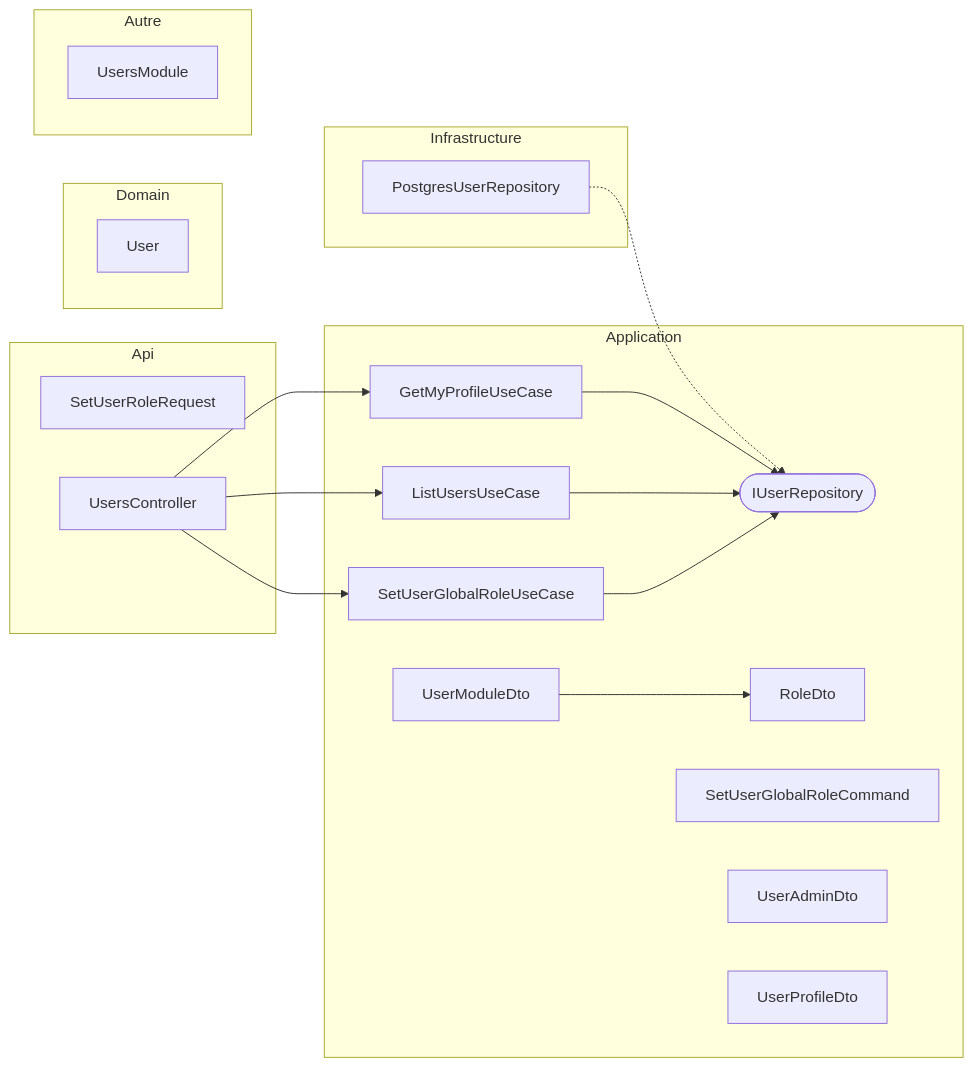
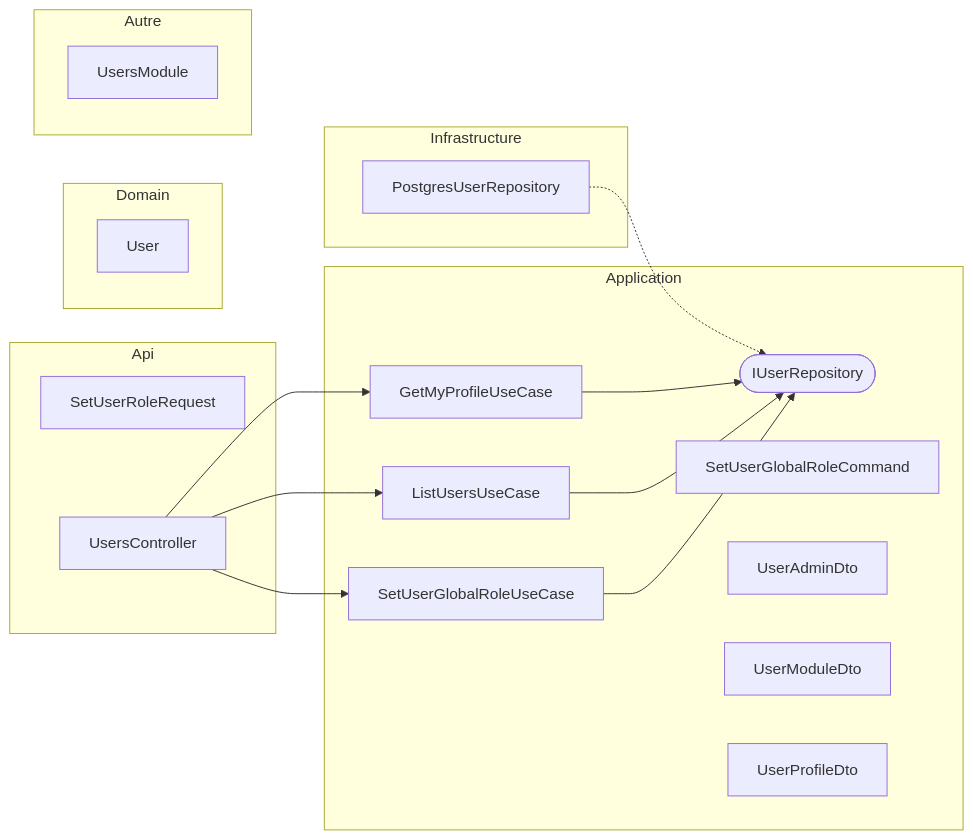
One commit to huiitre/Tools-app changed the diagram in api/docs/diagrams/Core/Users/users.md. Above: the diagram before and after it, drawn with Mermaid. The commit also changed 22 other files, not shown here.

````diff
--- a/api/docs/diagrams/Core/Users/users.md
+++ b/api/docs/diagrams/Core/Users/users.md
@@ -5,35 +5,33 @@
 ```mermaid
 flowchart LR
   subgraph Api
   SetUserRoleRequest["SetUserRoleRequest"]
   UsersController["UsersController"]
   end
   subgraph Application
   GetMyProfileUseCase["GetMyProfileUseCase"]
   IUserRepository(["IUserRepository"])
   ListUsersUseCase["ListUsersUseCase"]
-  RoleDto["RoleDto"]
   SetUserGlobalRoleCommand["SetUserGlobalRoleCommand"]
   SetUserGlobalRoleUseCase["SetUserGlobalRoleUseCase"]
   UserAdminDto["UserAdminDto"]
   UserModuleDto["UserModuleDto"]
   UserProfileDto["UserProfileDto"]
   end
   subgraph Domain
   User["User"]
   end
   subgraph Infrastructure
   PostgresUserRepository["PostgresUserRepository"]
   end
   subgraph Autre
   UsersModule["UsersModule"]
   end
   GetMyProfileUseCase --> IUserRepository
   ListUsersUseCase --> IUserRepository
   PostgresUserRepository -.-> IUserRepository
   SetUserGlobalRoleUseCase --> IUserRepository
-  UserModuleDto --> RoleDto
   UsersController --> GetMyProfileUseCase
   UsersController --> ListUsersUseCase
   UsersController --> SetUserGlobalRoleUseCase
 ```
````
